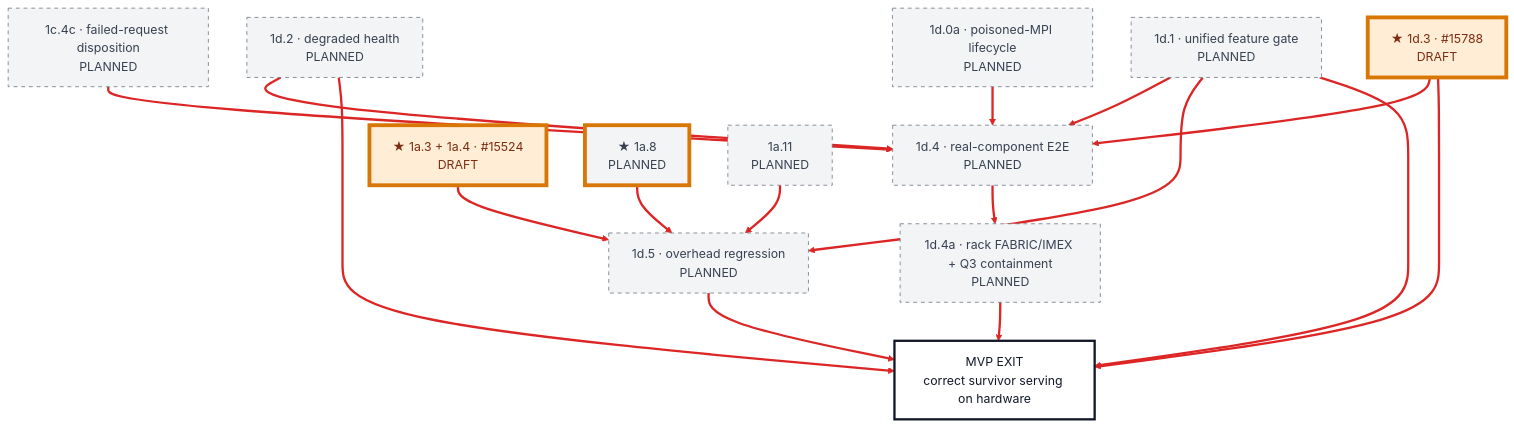
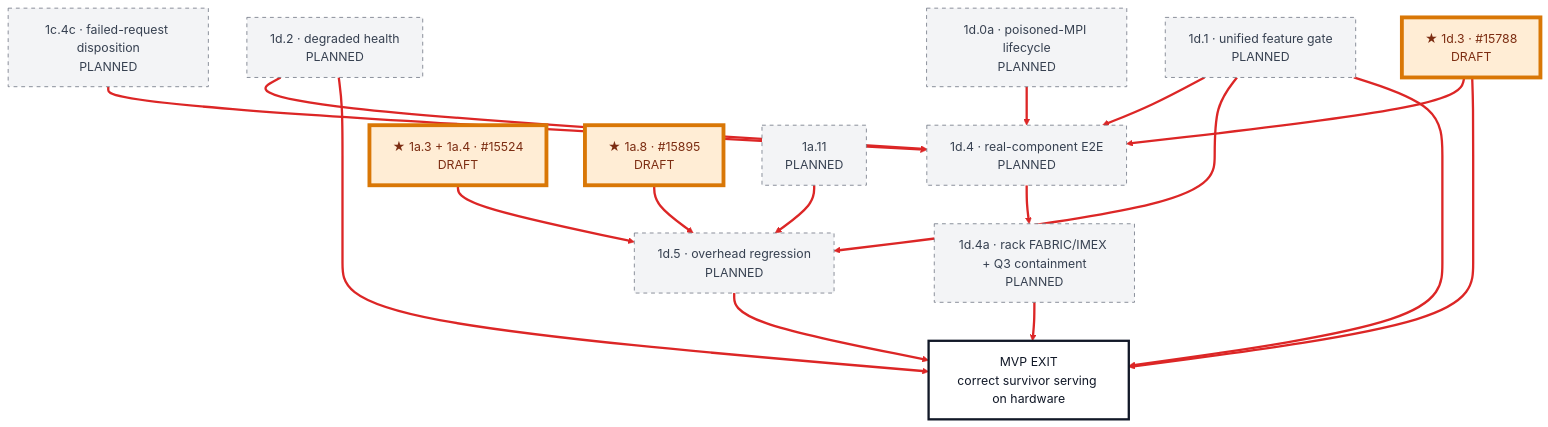
The seventh of 8 diagrams in docs/design/wide-ep-fault-tolerance/pr-execution/mvp-dependency-graph.md (chienchunhung/TensorRT-LLM), drawn with Mermaid before and after one commit. The commit also changed other lines of this file and 7 other files, not shown here.

````diff
--- a/docs/design/wide-ep-fault-tolerance/pr-execution/mvp-dependency-graph.md
+++ b/docs/design/wide-ep-fault-tolerance/pr-execution/mvp-dependency-graph.md
@@ -425,44 +425,44 @@
 ```mermaid
 flowchart TB
     C1_4C["1c.4c · failed-request disposition<br/>PLANNED"]
     D1_0A["1d.0a · poisoned-MPI lifecycle<br/>PLANNED"]
     D1_1["1d.1 · unified feature gate<br/>PLANNED"]
     D1_2["1d.2 · degraded health<br/>PLANNED"]
     D1_3["★ 1d.3 · #15788<br/>DRAFT"]
     D1_4["1d.4 · real-component E2E<br/>PLANNED"]
     D1_4A["1d.4a · rack FABRIC/IMEX + Q3 containment<br/>PLANNED"]
     A1_34["★ 1a.3 + 1a.4 · #15524<br/>DRAFT"]
-    A1_8["★ 1a.8<br/>PLANNED"]
+    A1_8["★ 1a.8 · #15895<br/>DRAFT"]
     A1_11["1a.11<br/>PLANNED"]
     D1_5["1d.5 · overhead regression<br/>PLANNED"]
     MVP_EXIT["MVP EXIT<br/>correct survivor serving on hardware"]
 
     C1_4C --> D1_4
     D1_0A --> D1_4
     D1_1 --> D1_4
     D1_2 --> D1_4
     D1_3 --> D1_4
     D1_4 --> D1_4A
     A1_34 --> D1_5
     A1_8 --> D1_5
     A1_11 --> D1_5
     D1_1 --> D1_5
     D1_1 --> MVP_EXIT
     D1_2 --> MVP_EXIT
     D1_3 --> MVP_EXIT
     D1_4A --> MVP_EXIT
     D1_5 --> MVP_EXIT
 
     linkStyle default stroke:#dc2626,stroke-width:3px;
 
     classDef draft fill:#ffedd5,stroke:#f97316,color:#7c2d12,stroke-width:2px;
     classDef reviewing fill:#dbeafe,stroke:#2563eb,color:#1e3a8a,stroke-width:2px;
     classDef planned fill:#f3f4f6,stroke:#6b7280,color:#374151,stroke-dasharray:5 5;
     classDef gate fill:#ffffff,stroke:#111827,color:#111827,stroke-width:3px;
     classDef candidate stroke:#d97706,stroke-width:5px,stroke-dasharray:0;
 
-    class D1_3,A1_34 draft;
-    class C1_4C,D1_0A,D1_1,D1_2,D1_4,D1_4A,A1_8,A1_11,D1_5 planned;
+    class D1_3,A1_34,A1_8 draft;
+    class C1_4C,D1_0A,D1_1,D1_2,D1_4,D1_4A,A1_11,D1_5 planned;
     class MVP_EXIT gate;
     class D1_3,A1_34,A1_8 candidate;
 ```
````
